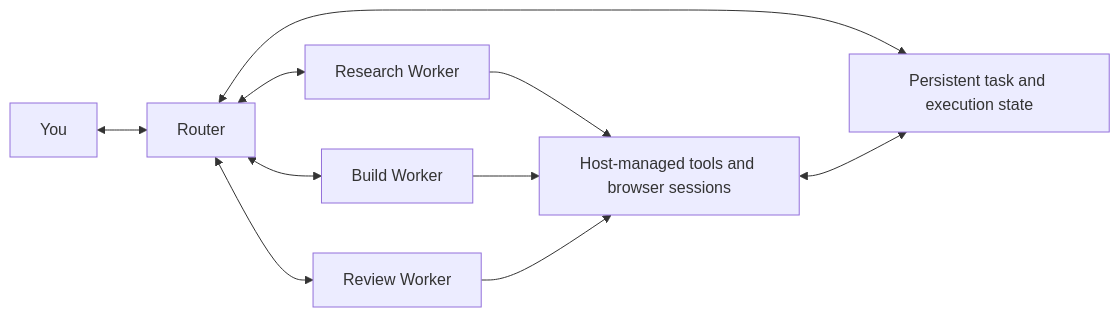
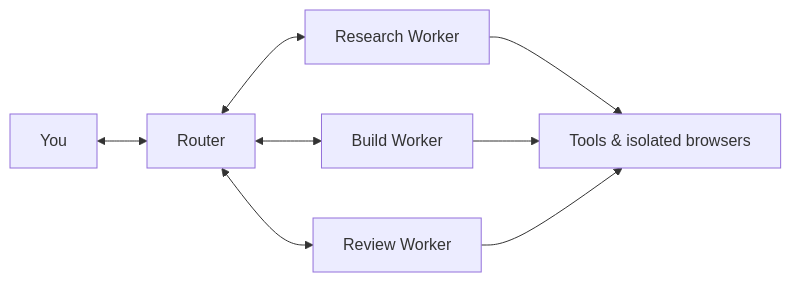
The diagram in README.md (pythc/agent-hub), drawn with Mermaid before and after one commit. The commit also changed other lines of this file and 3 other files, not shown here.

````diff
--- a/README.md
+++ b/README.md
@@ -94,12 +100,10 @@
 ```mermaid
 flowchart LR
-    U[You] <--> R[Router]
-    R <--> W1[Research Worker]
-    R <--> W2[Build Worker]
-    R <--> W3[Review Worker]
-    W1 --> T[Host-managed tools and browser sessions]
-    W2 --> T
-    W3 --> T
-    R <--> S[Persistent task and execution state]
-    T <--> S
+    You <--> Router
+    Router <--> Research[Research Worker]
+    Router <--> Build[Build Worker]
+    Router <--> Review[Review Worker]
+    Research --> Tools[Tools & isolated browsers]
+    Build --> Tools
+    Review --> Tools
 ```
````
